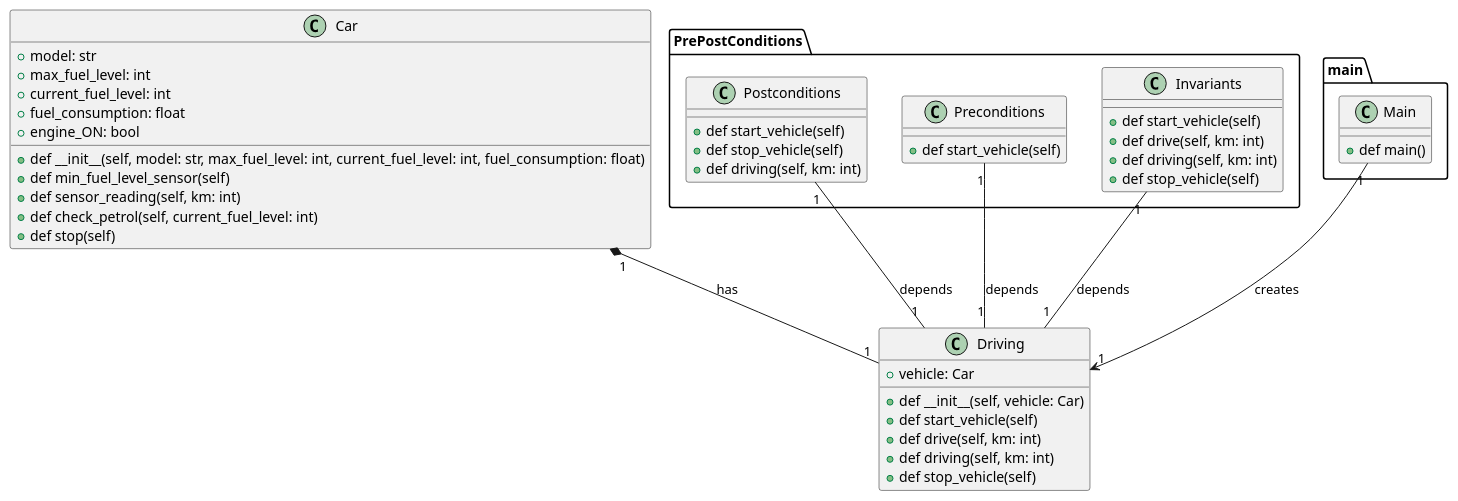
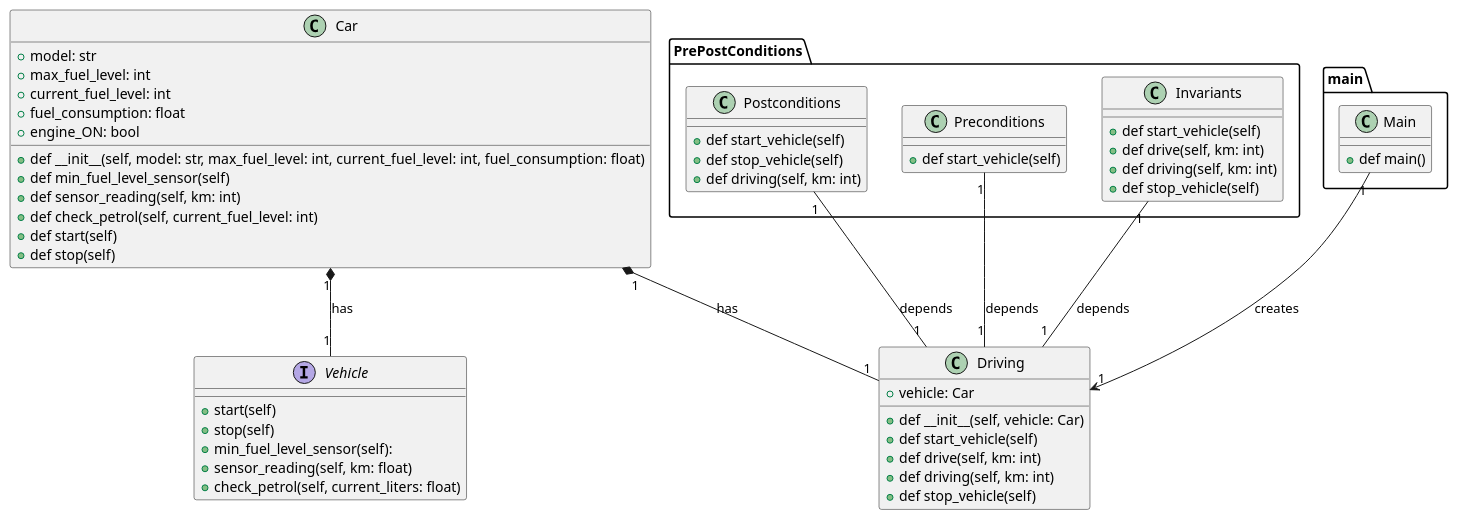
The diagram in dz4_contracts/files/contracts.puml (EnvyG29/SoftwareArchitecture), drawn with PlantUML before and after one commit.

Commit message:
dz4_contracts_1.3.1

```diff
--- a/dz4_contracts/files/contracts.puml
+++ b/dz4_contracts/files/contracts.puml
@@ -1,59 +1,70 @@
 @startuml
 
 class Car {
     + model: str
     + max_fuel_level: int
     + current_fuel_level: int
     + fuel_consumption: float
     + engine_ON: bool
     + def __init__(self, model: str, max_fuel_level: int, current_fuel_level: int, fuel_consumption: float)
     + def min_fuel_level_sensor(self)
     + def sensor_reading(self, km: int)
     + def check_petrol(self, current_fuel_level: int)
+    + def start(self)
     + def stop(self)
 }
 
 class Driving {
     + vehicle: Car
     + def __init__(self, vehicle: Car)
     + def start_vehicle(self)
     + def drive(self, km: int)
     + def driving(self, km: int)
     + def stop_vehicle(self)
 }
 
 Car "1" *-- "1" Driving : has
+
+interface Vehicle{
+    + start(self)
+    + stop(self)
+    + min_fuel_level_sensor(self):
+    + sensor_reading(self, km: float)
+    + check_petrol(self, current_liters: float)
+}
+
+Car "1" *-- "1" Vehicle : has
 
 namespace main {
     class Main {
         + def main()
     }
 }
 
 Main "1" --> "1" Driving : creates
 
 namespace PrePostConditions {
 
     class Preconditions {
         + def start_vehicle(self)
     }
 
     class Postconditions {
         + def start_vehicle(self)
         + def stop_vehicle(self)
         + def driving(self, km: int)
     }
 
     class Invariants {
         + def start_vehicle(self)
         + def drive(self, km: int)
         + def driving(self, km: int)
         + def stop_vehicle(self)
     }
 
     Preconditions "1" -- "1" Driving : depends
     Driving "1" -- "1" Postconditions : depends
     Invariants "1" -- "1" Driving : depends
 }
 
 @enduml
```
